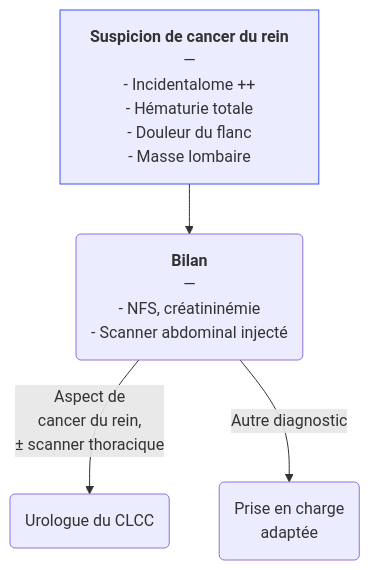
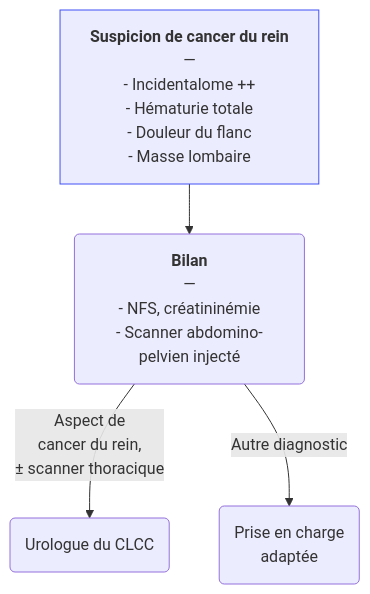
The diagram in content/recommandations/cancer-rein.md (djibe/recommandations-medicales), drawn with Mermaid before and after one commit. The commit also changed other lines of this file and 11 other files, not shown here.

```diff
--- a/content/recommandations/cancer-rein.md
+++ b/content/recommandations/cancer-rein.md
@@ -159,6 +167,6 @@
 {{< mermaid title="Prise en charge de la suspicion de cancer du rein par le médecin généraliste. Dr JB Fron d'après EAU 2025 et HAS/INCa" >}}
 graph TB
-  suspicion["<b>Suspicion de cancer du rein</b><br>—<br>- Incidentalome ++<br>- Hématurie totale<br>- Douleur du flanc<br>- Masse lombaire"] --> bilan("<b>Bilan</b><br>—<br>- NFS, créatininémie<br>- Scanner abdominal injecté") --"Aspect de<br>cancer du rein,<br>± scanner thoracique"--> urologue("Urologue du CLCC")
+  suspicion["<b>Suspicion de cancer du rein</b><br>—<br>- Incidentalome ++<br>- Hématurie totale<br>- Douleur du flanc<br>- Masse lombaire"] --> bilan("<b>Bilan</b><br>—<br>- NFS, créatininémie<br>- Scanner abdomino-pelvien injecté") --"Aspect de<br>cancer du rein,<br>± scanner thoracique"--> urologue("Urologue du CLCC")
     bilan -- Autre diagnostic --> autre("Prise en charge<br>adaptée")
   style suspicion stroke:#4150f5, stroke-width:1px
 {{< /mermaid >}}
```
